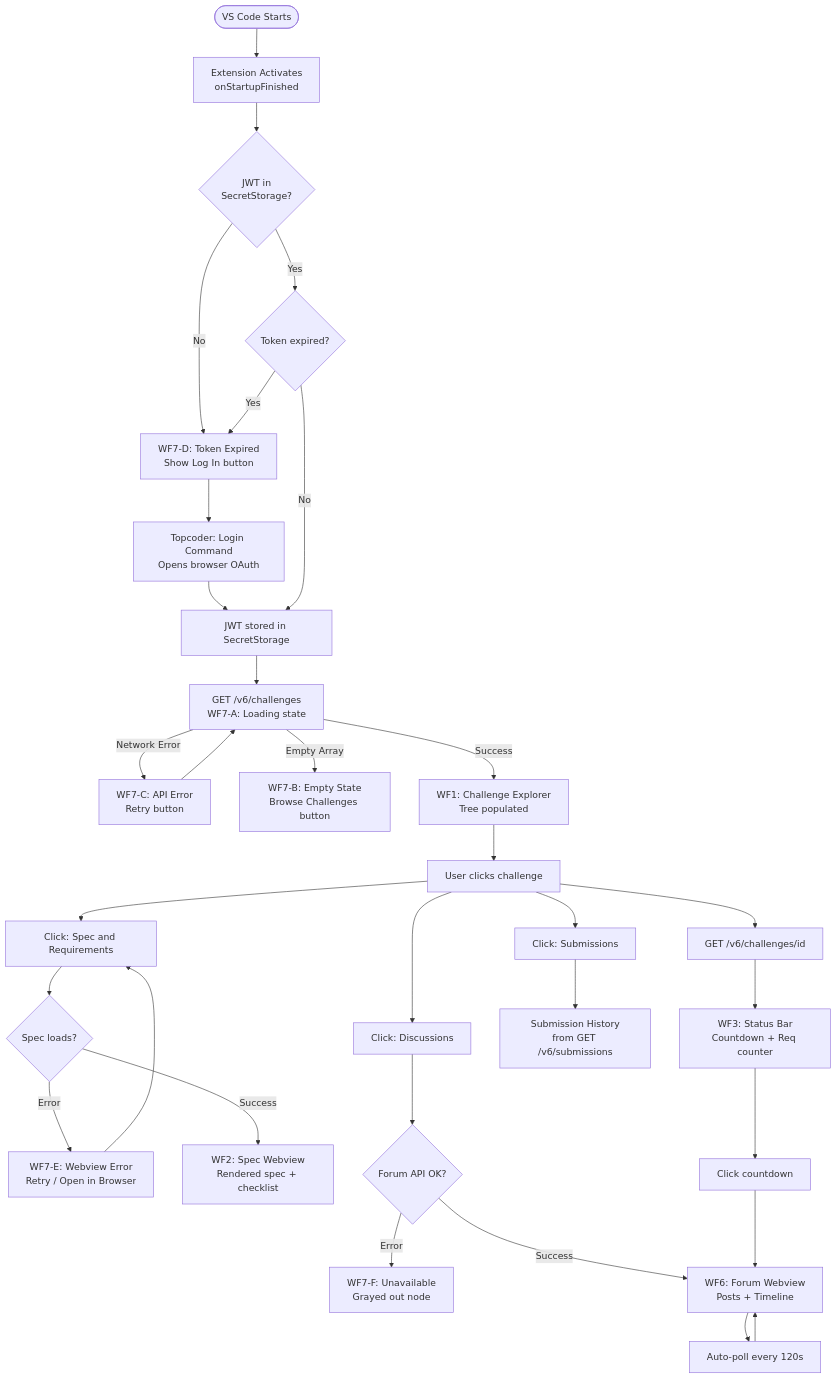
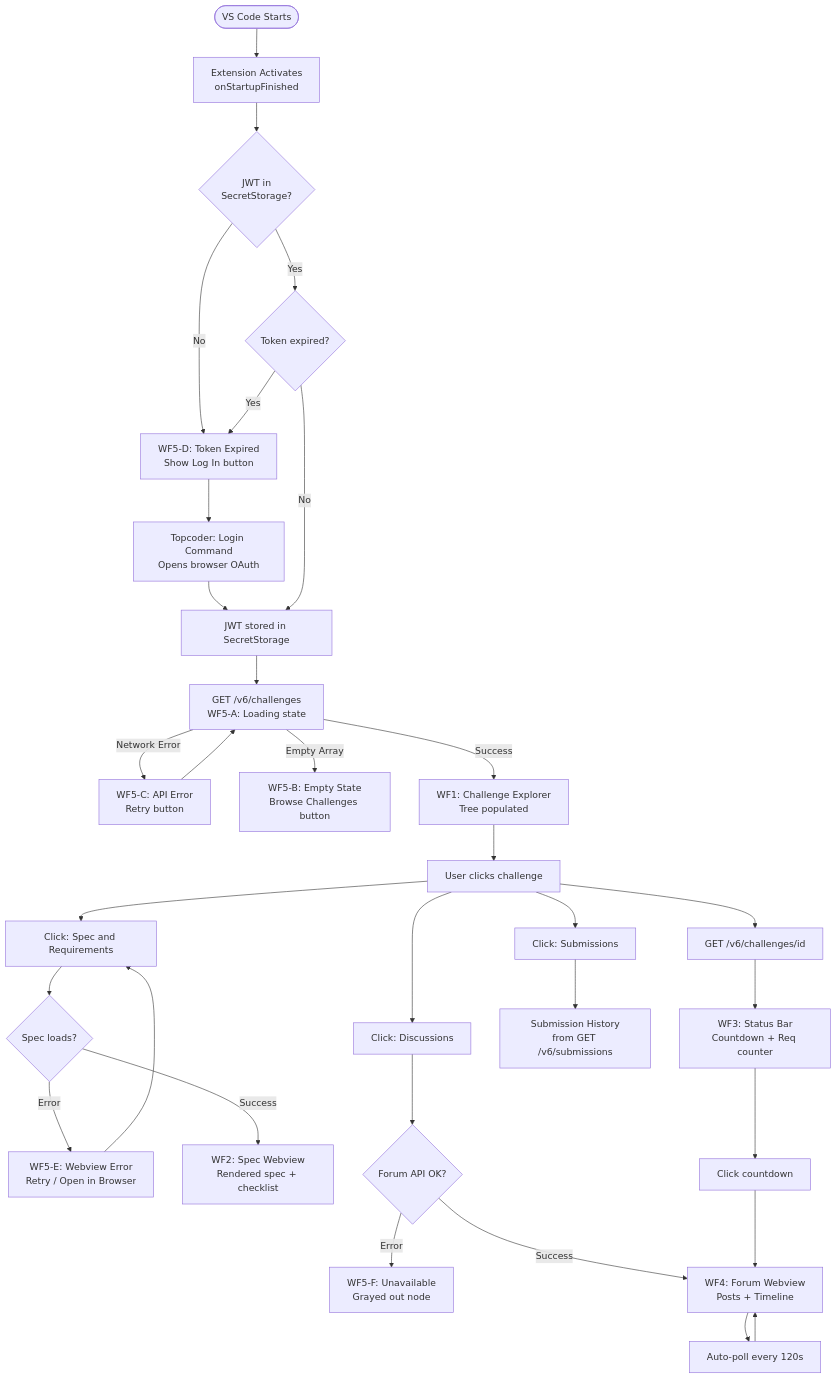
The diagram in wireframes.md (mirzailhami/tc-vscode-ideation), drawn with Mermaid before and after one commit. The commit also changed other lines of this file and 7 other files, not shown here.

````diff
--- a/wireframes.md
+++ b/wireframes.md
@@ -22,43 +22,43 @@
 ```mermaid
 flowchart TD
     START([VS Code Starts]) --> ACTIVATE[Extension Activates<br/>onStartupFinished]
     ACTIVATE --> HAS_TOKEN{JWT in<br/>SecretStorage?}
 
-    HAS_TOKEN -- No --> LOGIN_PROMPT[WF7-D: Token Expired<br/>Show Log In button]
+    HAS_TOKEN -- No --> LOGIN_PROMPT[WF5-D: Token Expired<br/>Show Log In button]
     LOGIN_PROMPT --> LOGIN[Topcoder: Login Command<br/>Opens browser OAuth]
     LOGIN --> TOKEN_OK[JWT stored in SecretStorage]
 
     HAS_TOKEN -- Yes --> TOKEN_CHECK{Token expired?}
     TOKEN_CHECK -- Yes --> LOGIN_PROMPT
     TOKEN_CHECK -- No --> TOKEN_OK
 
-    TOKEN_OK --> FETCH_LIST[GET /v6/challenges<br/>WF7-A: Loading state]
-    FETCH_LIST -- Network Error --> ERROR_STATE[WF7-C: API Error<br/>Retry button]
+    TOKEN_OK --> FETCH_LIST[GET /v6/challenges<br/>WF5-A: Loading state]
+    FETCH_LIST -- Network Error --> ERROR_STATE[WF5-C: API Error<br/>Retry button]
     ERROR_STATE --> FETCH_LIST
-    FETCH_LIST -- Empty Array --> EMPTY_STATE[WF7-B: Empty State<br/>Browse Challenges button]
+    FETCH_LIST -- Empty Array --> EMPTY_STATE[WF5-B: Empty State<br/>Browse Challenges button]
     FETCH_LIST -- Success --> TREE[WF1: Challenge Explorer<br/>Tree populated]
 
     TREE --> SELECT[User clicks challenge]
     SELECT --> DETAIL[GET /v6/challenges/id]
     DETAIL --> SB[WF3: Status Bar<br/>Countdown + Req counter]
 
     SELECT --> SPEC_CLICK[Click: Spec and Requirements]
     SPEC_CLICK --> SPEC_LOAD{Spec loads?}
-    SPEC_LOAD -- Error --> SPEC_ERR[WF7-E: Webview Error<br/>Retry / Open in Browser]
+    SPEC_LOAD -- Error --> SPEC_ERR[WF5-E: Webview Error<br/>Retry / Open in Browser]
     SPEC_ERR --> SPEC_CLICK
     SPEC_LOAD -- Success --> SPEC[WF2: Spec Webview<br/>Rendered spec + checklist]
 
     SELECT --> DISCUSS_CLICK[Click: Discussions]
     DISCUSS_CLICK --> FORUM_AVAIL{Forum API OK?}
-    FORUM_AVAIL -- Error --> FORUM_NA[WF7-F: Unavailable<br/>Grayed out node]
-    FORUM_AVAIL -- Success --> FORUM[WF6: Forum Webview<br/>Posts + Timeline]
+    FORUM_AVAIL -- Error --> FORUM_NA[WF5-F: Unavailable<br/>Grayed out node]
+    FORUM_AVAIL -- Success --> FORUM[WF4: Forum Webview<br/>Posts + Timeline]
 
     SELECT --> SUB_CLICK[Click: Submissions]
     SUB_CLICK --> SUB_VIEW[Submission History<br/>from GET /v6/submissions]
 
     FORUM --> POLL[Auto-poll every 120s]
     POLL --> FORUM
 
     SB --> CLICK_SB[Click countdown]
     CLICK_SB --> FORUM
 ```
````
